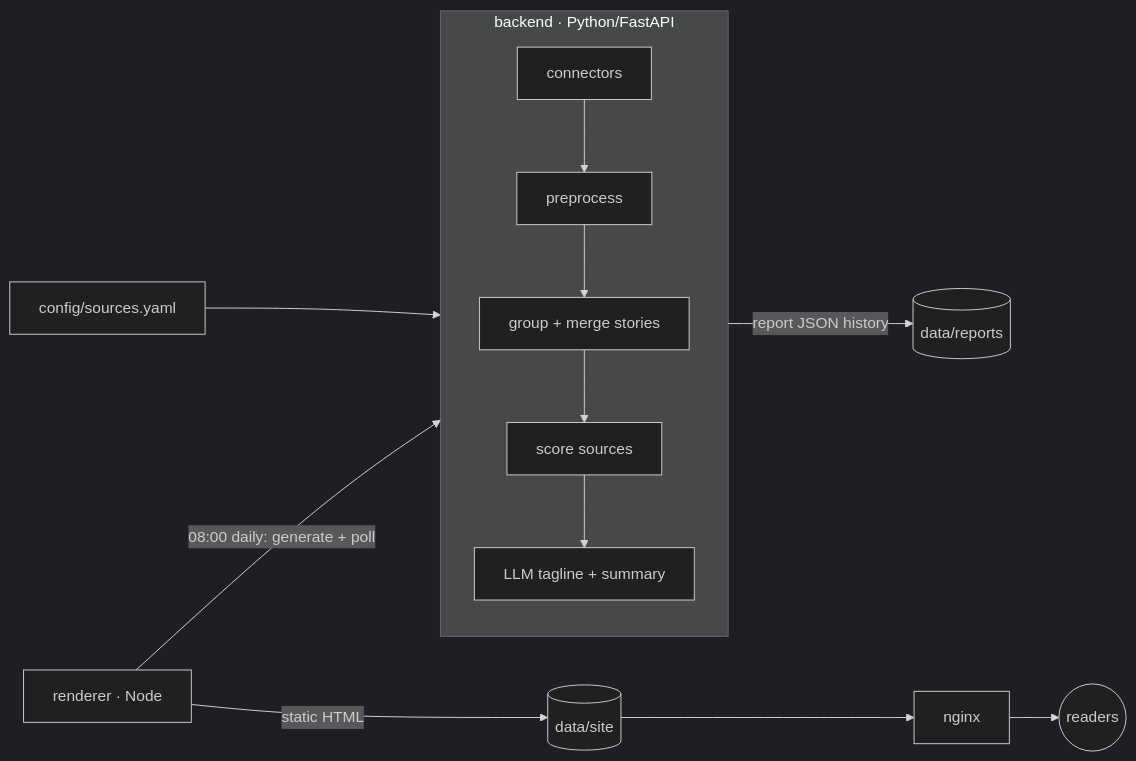
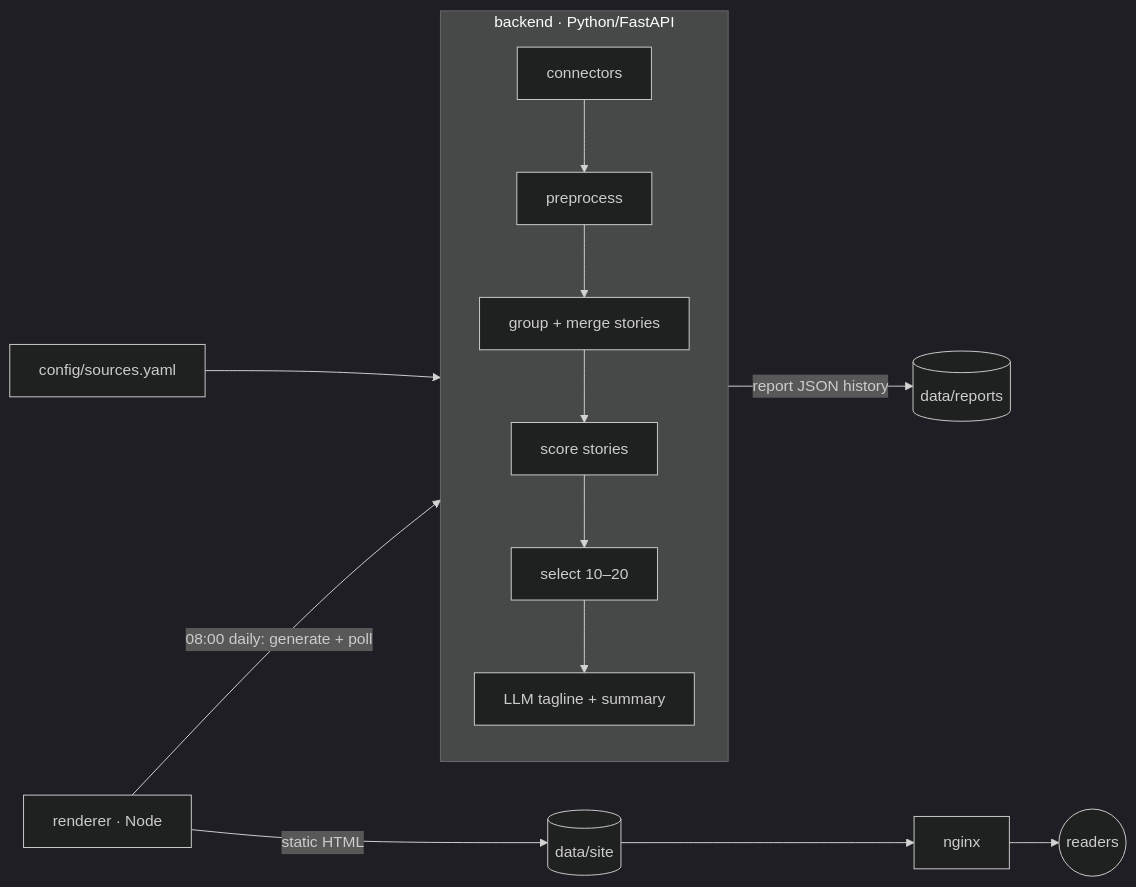
The diagram in README.md (runyanjake/news), drawn with Mermaid (dark theme) before and after one commit. The commit also changed other lines of this file and 9 other files, not shown here.

First line of the commit message:
Score stories on 0..1 signals and pick 10-20 with a rising cutoff

````diff
--- a/README.md
+++ b/README.md
@@ -6,11 +6,11 @@
 ```mermaid
 flowchart LR
   cfg[config/sources.yaml] --> be
   subgraph be[backend · Python/FastAPI]
-    c[connectors] --> p[preprocess] --> g[group + merge stories] --> s[score sources] --> l[LLM tagline + summary]
+    c[connectors] --> p[preprocess] --> g[group + merge stories] --> s[score stories] --> sel[select 10–20] --> l[LLM tagline + summary]
   end
   be -- report JSON history --> data1[(data/reports)]
   r[renderer · Node] -- 08:00 daily: generate + poll --> be
   r -- static HTML --> data2[(data/site)]
   data2 --> n[nginx] --> u((readers))
 ```
````
